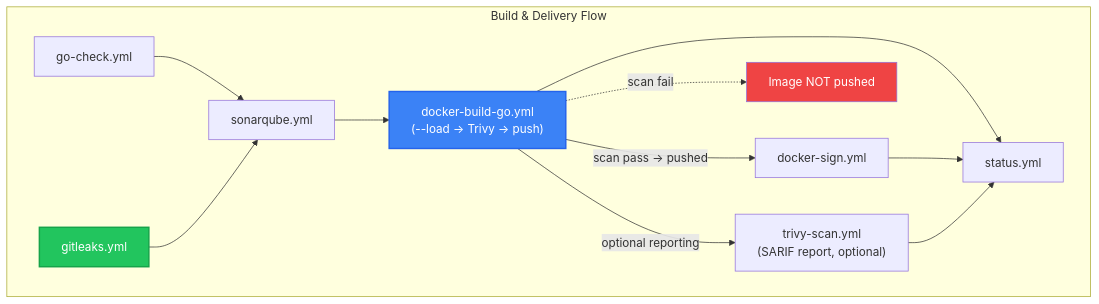
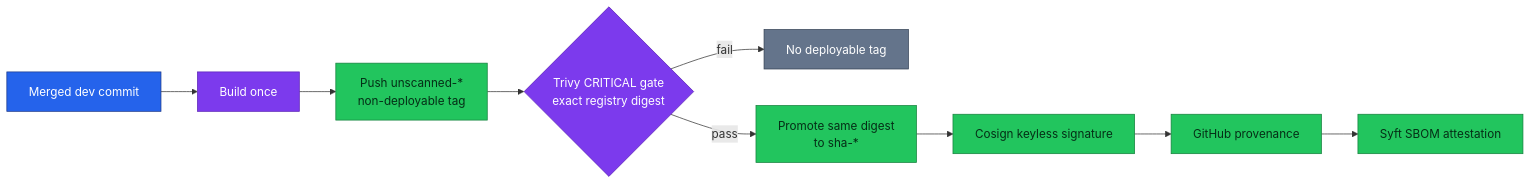
Before and after one commit to duynhlab/homelab: the second of 2 diagrams in docs/platform/cicd.md, drawn with Mermaid. The commit also changed other lines of this file and 8 other files, not shown here.

````diff
--- a/docs/platform/cicd.md
+++ b/docs/platform/cicd.md
@@ -205,30 +85,21 @@
 ```mermaid
-flowchart TD
-    subgraph build_flow ["Build & Delivery Flow"]
-        GOCHECK2["go-check.yml"]
-        GITLEAKS2["gitleaks.yml"]
-        SONAR2["sonarqube.yml"]
+flowchart LR
+  SOURCE["Merged dev commit"] --> BUILD["Build once"]
+  BUILD --> QUARANTINE["Push unscanned-*<br/>non-deployable tag"]
+  QUARANTINE --> SCAN{"Trivy CRITICAL gate<br/>exact registry digest"}
+  SCAN -->|"fail"| BLOCK["No deployable tag"]
+  SCAN -->|"pass"| PROMOTE["Promote same digest<br/>to sha-*"]
+  PROMOTE --> SIGN["Cosign keyless signature"]
+  SIGN --> PROV["GitHub provenance"]
+  PROV --> SBOM["Syft SBOM attestation"]
 
-        BUILD["docker-build-go.yml<br/>(--load → Trivy → push)"]
-        SIGN["docker-sign.yml"]
-
-        TRIVY_RPT["trivy-scan.yml<br/>(SARIF report, optional)"]
-
-        NOTIFY2["status.yml"]
-
-        GOCHECK2 --> SONAR2
-        GITLEAKS2 --> SONAR2
-        SONAR2 --> BUILD
-        BUILD -->|"scan pass → pushed"| SIGN
-        BUILD -.->|"scan fail"| BUILD_FAIL["Image NOT pushed"]
-        BUILD -->|"optional reporting"| TRIVY_RPT
-
-        BUILD --> NOTIFY2
-        SIGN --> NOTIFY2
-        TRIVY_RPT --> NOTIFY2
-    end
-    
-    style GITLEAKS2 fill:#22c55e,color:#fff,stroke:#16a34a,stroke-width:2px
-    style BUILD fill:#3b82f6,color:#fff,stroke:#2563eb,stroke-width:2px
-    style BUILD_FAIL fill:#ef4444,color:#fff
+  classDef edge fill:#2563eb,color:#fff,stroke:#1e3a8a;
+  classDef service fill:#06b6d4,color:#082f49,stroke:#0e7490;
+  classDef platform fill:#7c3aed,color:#fff,stroke:#5b21b6;
+  classDef data fill:#22c55e,color:#052e16,stroke:#15803d;
+  classDef external fill:#64748b,color:#fff,stroke:#334155;
+  class SOURCE edge;
+  class BUILD,SCAN platform;
+  class QUARANTINE,PROMOTE,SIGN,PROV,SBOM data;
+  class BLOCK external;
 ```
````
